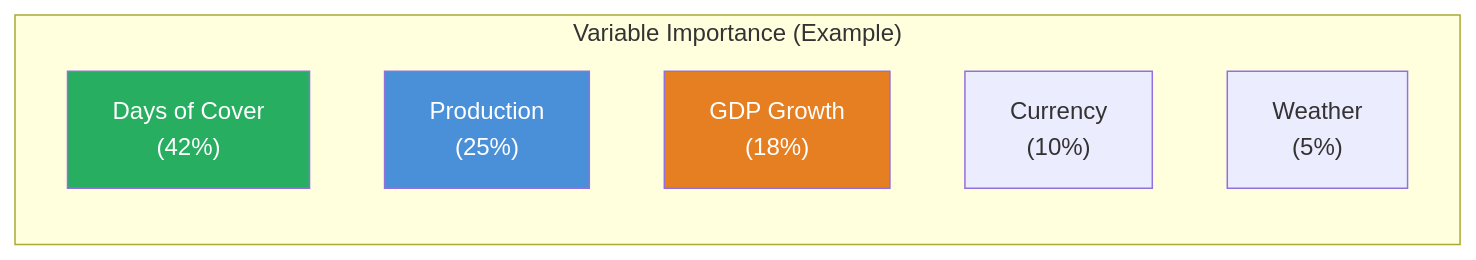
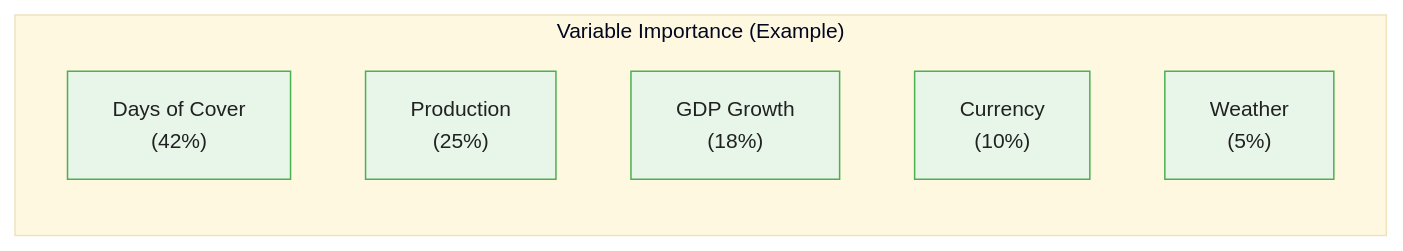
The second of 3 diagrams in courses/bayesian-commodity-forecasting/modules/module_08_fundamentals_integration/guides/02_fundamental_variables_slides.md (m-deane/course-creator), drawn with Mermaid before and after one commit. The commit also changed other lines of this file and 104 other files, not shown here.

````diff
--- a/courses/bayesian-commodity-forecasting/modules/module_08_fundamentals_integration/guides/02_fundamental_variables_slides.md
+++ b/courses/bayesian-commodity-forecasting/modules/module_08_fundamentals_integration/guides/02_fundamental_variables_slides.md
@@ -216,14 +232,12 @@
 ```mermaid
+%%{init: {"theme": "base", "themeVariables": {"primaryColor": "#e8f5e9", "primaryBorderColor": "#4caf50", "primaryTextColor": "#212121", "secondaryColor": "#e3f2fd", "tertiaryColor": "#fff8e1", "lineColor": "#757575", "fontFamily": "Inter, sans-serif", "fontSize": "14px"}}}%%
 flowchart LR
     subgraph Importance["Variable Importance (Example)"]
         direction TB
         V1["Days of Cover\n(42%)"]
         V2["Production\n(25%)"]
         V3["GDP Growth\n(18%)"]
         V4["Currency\n(10%)"]
         V5["Weather\n(5%)"]
     end
-    style V1 fill:#27ae60,color:#fff
-    style V2 fill:#4a90d9,color:#fff
-    style V3 fill:#e67e22,color:#fff
 ```
````
